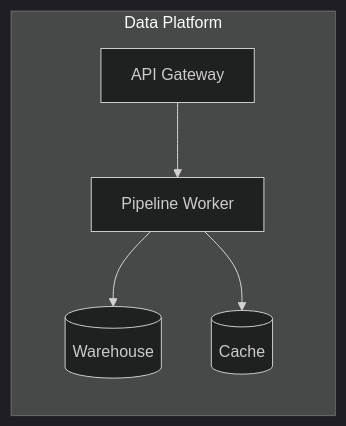
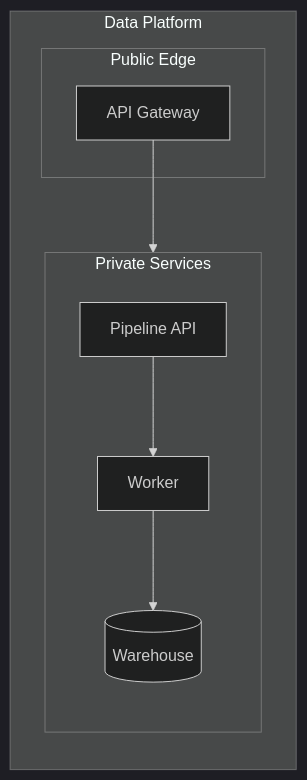
One commit to mols3131d/mols-agent-assets changed the fifth of 5 diagrams in src/rulesync/.rulesync/skills/mols-mermaid-diagram/references/examples/architecture-diagram.md. Above: the diagram before and after it, drawn with Mermaid (dark theme). The commit also changed other lines of this file and 27 other files, not shown here.

Commit message:
docs(mermaid): diagram examples 단계별 고도화

````diff
--- a/src/rulesync/.rulesync/skills/mols-mermaid-diagram/references/examples/architecture-diagram.md
+++ b/src/rulesync/.rulesync/skills/mols-mermaid-diagram/references/examples/architecture-diagram.md
@@ -77,8 +111,18 @@
 ```mermaid
-flowchart LR
+flowchart TB
     subgraph platform[Data Platform]
-        gateway[API Gateway] --> worker[Pipeline Worker]
-        worker --> warehouse[(Warehouse)]
-        worker --> cache[(Cache)]
+        direction TB
+
+        subgraph public[Public Edge]
+            gateway[API Gateway]
+        end
+
+        subgraph private[Private Services]
+            direction TB
+            api[Pipeline API] --> worker[Worker]
+            worker --> warehouse[(Warehouse)]
+        end
+
+        gateway --> api
     end
 ```
````
